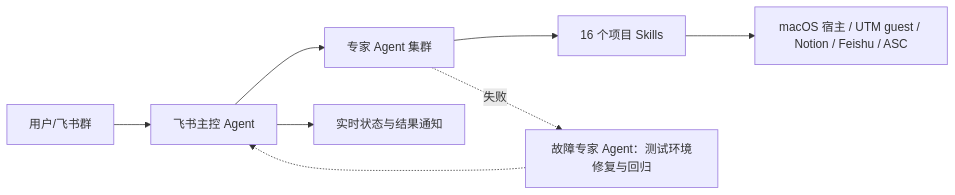
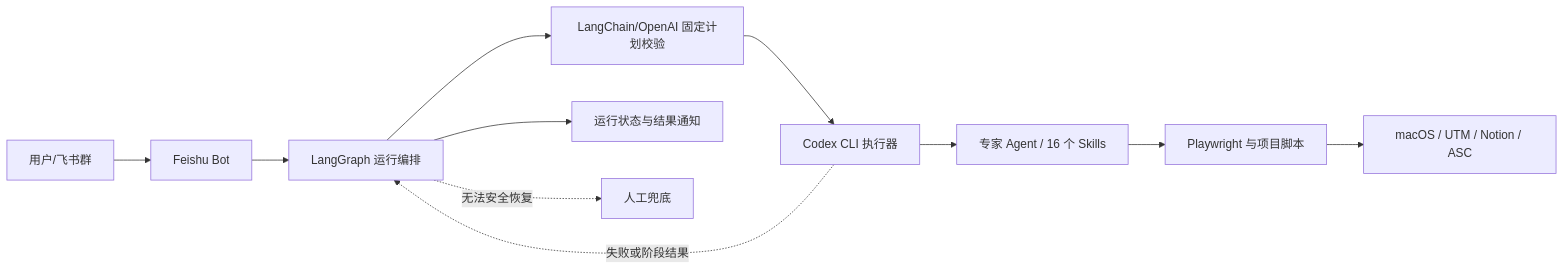
Before and after one commit to lbql-yhl/devops-mac: the first of 3 diagrams in README.md, drawn with Mermaid. The commit also changed other lines of this file and 14 other files, not shown here.

Commit message:
feat: orchestrate submissions with LangGraph and LangChain

````diff
--- a/README.md
+++ b/README.md
@@ -21,7 +21,10 @@
 ```mermaid
 flowchart LR
- U[用户/飞书群]-->F[飞书主控 Agent]-->E[专家 Agent 集群]
- E-->K[16 个项目 Skills]-->H[macOS 宿主 / UTM guest / Notion / Feishu / ASC]
- F-->N[实时状态与结果通知]
- E-.失败.->X[故障专家 Agent：测试环境修复与回归]-.->F
+ U[用户/飞书群]-->F[Feishu Bot]-->G[LangGraph 运行编排]
+ G-->P[LangChain/OpenAI 固定计划校验]
+ P-->C[Codex CLI 执行器]-->E[专家 Agent / 16 个 Skills]
+ E-->K[Playwright 与项目脚本]-->H[macOS / UTM / Notion / ASC]
+ G-->N[运行状态与结果通知]
+ C-.失败或阶段结果.->G
+ G-.无法安全恢复.->X[人工兜底]
 ```
````
